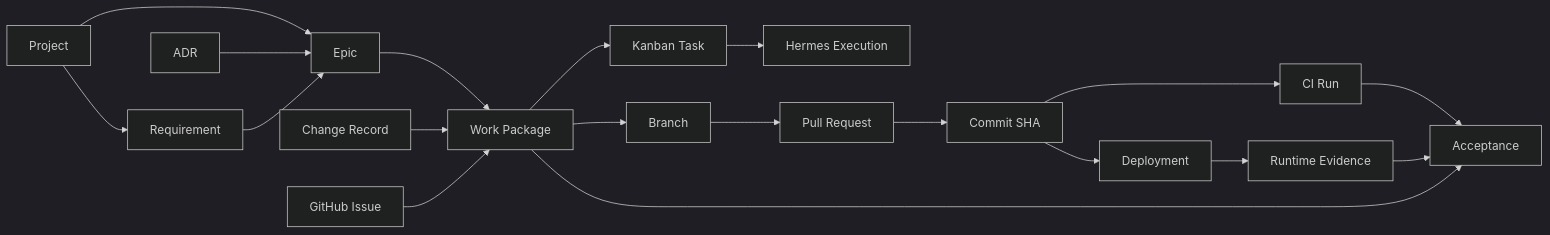
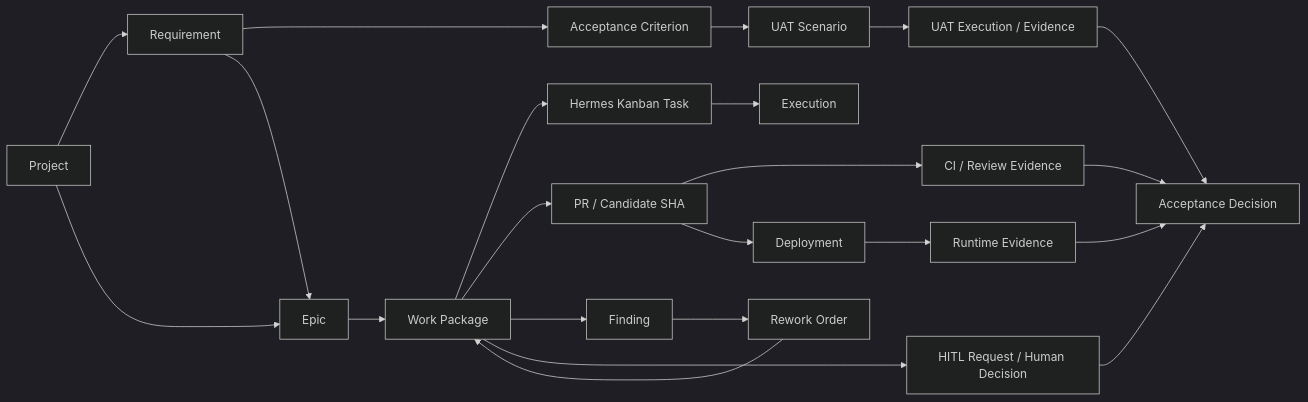
Before and after one commit to pestoura/hermes-factory: the diagram in docs/04-project-contract-traceability.md, drawn with Mermaid (dark theme). The commit also changed other lines of this file, not shown here.

Commit message:
docs: reconcile project contract traceability for v1.2

````diff
--- a/docs/04-project-contract-traceability.md
+++ b/docs/04-project-contract-traceability.md
@@ -142,38 +80,24 @@
 ```mermaid
 graph LR
-    P[Project]
-    R[Requirement]
-    ADR[ADR]
-    E[Epic]
-    C[Change Record]
-    I[GitHub Issue]
-    WP[Work Package]
-    KT[Kanban Task]
-    EX[Hermes Execution]
-    B[Branch]
-    PR[Pull Request]
-    SHA[Commit SHA]
-    CI[CI Run]
-    D[Deployment]
-    RE[Runtime Evidence]
-    A[Acceptance]
-
-    P --> R
-    P --> E
-    ADR --> E
+    P[Project] --> R[Requirement]
+    R --> AC[Acceptance Criterion]
+    AC --> UATS[UAT Scenario]
+    P --> E[Epic]
     R --> E
-    E --> WP
-    C --> WP
-    I --> WP
-    WP --> KT
-    KT --> EX
-    WP --> B
-    B --> PR
-    PR --> SHA
-    SHA --> CI
-    SHA --> D
-    D --> RE
-    CI --> A
+    E --> WP[Work Package]
+    WP --> KT[Hermes Kanban Task]
+    KT --> EX[Execution]
+    WP --> PR[PR / Candidate SHA]
+    PR --> CI[CI / Review Evidence]
+    PR --> D[Deployment]
+    D --> RE[Runtime Evidence]
+    UATS --> UATE[UAT Execution / Evidence]
+    CI --> A[Acceptance Decision]
     RE --> A
-    WP --> A
+    UATE --> A
+    WP --> F[Finding]
+    F --> RW[Rework Order]
+    RW --> WP
+    WP --> H[HITL Request / Human Decision]
+    H --> A
 ```
````
